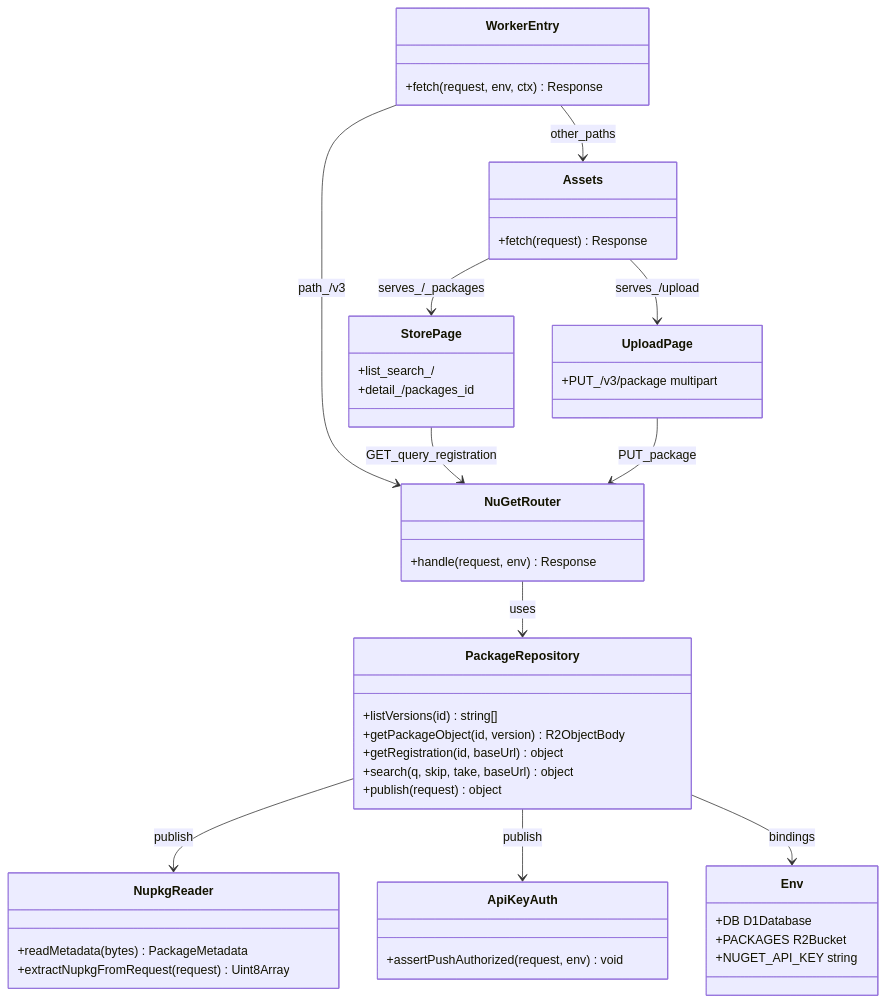
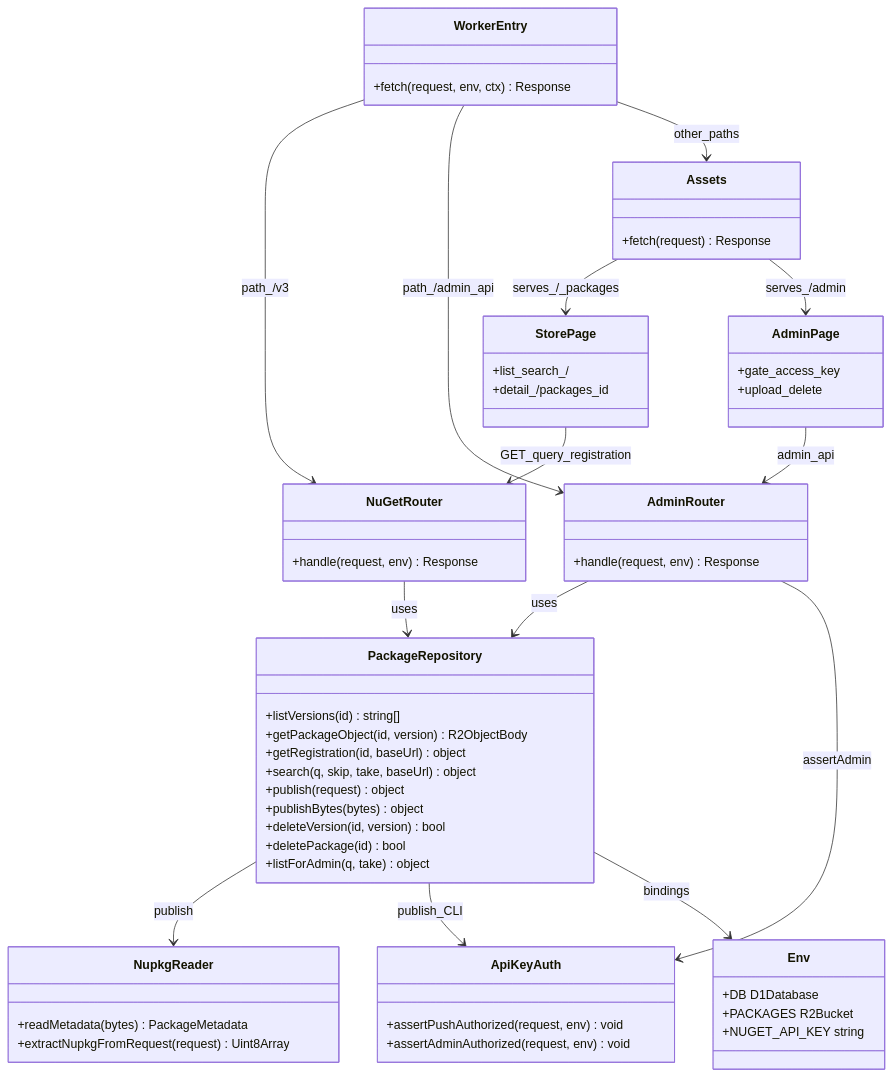
One commit to Xanvil/PluginService changed the first of 3 diagrams in docs/nuget-feed.struct.md. Above: the diagram before and after it, drawn with Mermaid. The commit also changed other lines of this file and 17 other files, not shown here.

````diff
--- a/docs/nuget-feed.struct.md
+++ b/docs/nuget-feed.struct.md
@@ -5,49 +5,61 @@
 ```mermaid
 classDiagram
   class WorkerEntry {
     +fetch(request, env, ctx) Response
   }
   class Assets {
     +fetch(request) Response
   }
   class StorePage {
     +list_search_/
     +detail_/packages_id
   }
-  class UploadPage {
-    +PUT_/v3/package multipart
+  class AdminPage {
+    +gate_access_key
+    +upload_delete
   }
   class NuGetRouter {
+    +handle(request, env) Response
+  }
+  class AdminRouter {
     +handle(request, env) Response
   }
   class PackageRepository {
     +listVersions(id) string[]
     +getPackageObject(id, version) R2ObjectBody
     +getRegistration(id, baseUrl) object
     +search(q, skip, take, baseUrl) object
     +publish(request) object
+    +publishBytes(bytes) object
+    +deleteVersion(id, version) bool
+    +deletePackage(id) bool
+    +listForAdmin(q, take) object
   }
   class NupkgReader {
     +readMetadata(bytes) PackageMetadata
     +extractNupkgFromRequest(request) Uint8Array
   }
   class ApiKeyAuth {
     +assertPushAuthorized(request, env) void
+    +assertAdminAuthorized(request, env) void
   }
   class Env {
     +DB D1Database
     +PACKAGES R2Bucket
     +NUGET_API_KEY string
   }
 
   WorkerEntry --> NuGetRouter : path_/v3
+  WorkerEntry --> AdminRouter : path_/admin_api
   WorkerEntry --> Assets : other_paths
   Assets --> StorePage : serves_/_packages
-  Assets --> UploadPage : serves_/upload
+  Assets --> AdminPage : serves_/admin
   StorePage --> NuGetRouter : GET_query_registration
-  UploadPage --> NuGetRouter : PUT_package
+  AdminPage --> AdminRouter : admin_api
   NuGetRouter --> PackageRepository : uses
+  AdminRouter --> PackageRepository : uses
+  AdminRouter --> ApiKeyAuth : assertAdmin
   PackageRepository --> NupkgReader : publish
-  PackageRepository --> ApiKeyAuth : publish
+  PackageRepository --> ApiKeyAuth : publish_CLI
   PackageRepository --> Env : bindings
 ```
````
